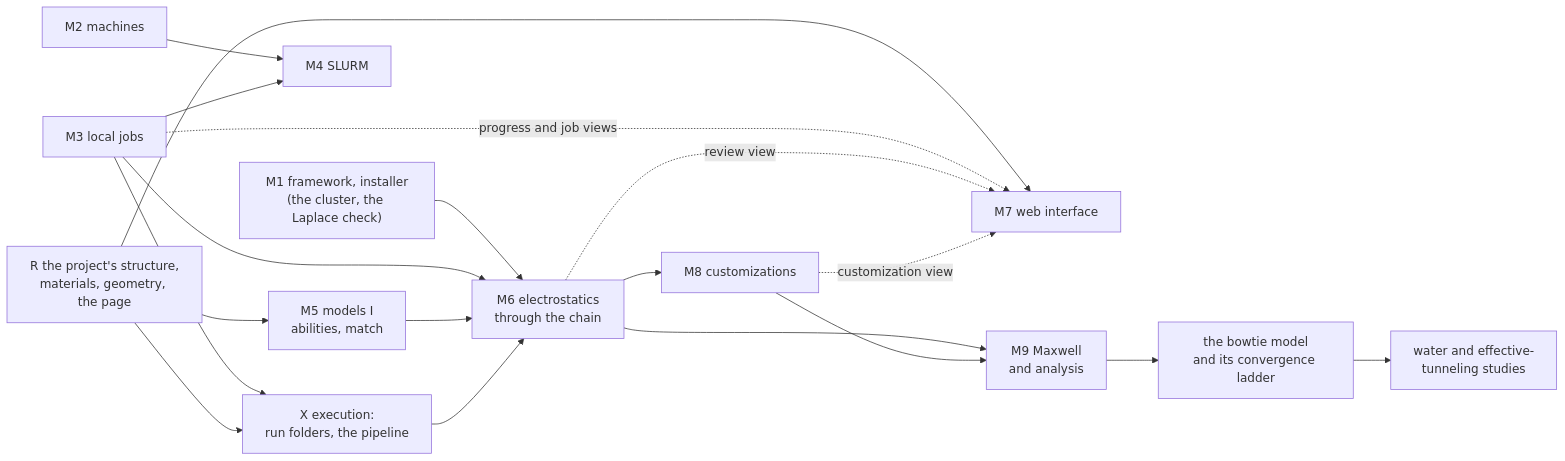
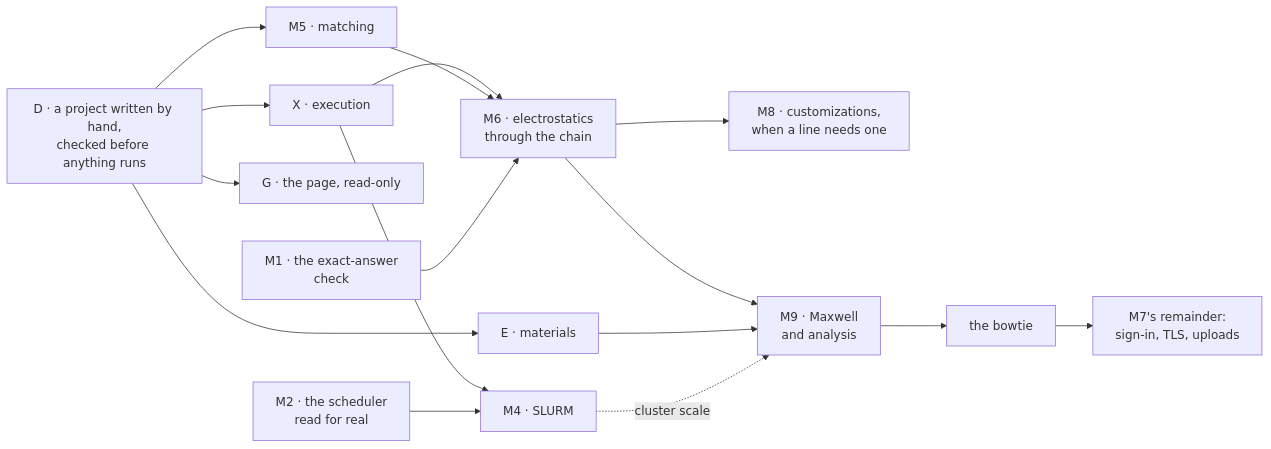
The diagram in docs/plans/plan.md (Qing-LAB/femkit), drawn with Mermaid before and after one commit. The commit also changed other lines of this file and 188 other files, not shown here.

First line of the commit message:
step 0: one plan, one set of templates, the system reviewed whole and its findings fixed

````diff
--- a/docs/plans/plan.md
+++ b/docs/plans/plan.md
@@ -82,21 +127,19 @@
 ```mermaid
 flowchart LR
-    M1["M1 framework, installer<br/>(the cluster, the Laplace check)"] --> M6
-    M2["M2 machines"] --> M4["M4 SLURM"]
-    M3["M3 local jobs"] --> M4
-    M3 --> M6
-    M3 --> X
-    R["R the project's structure,<br/>materials, geometry, the page"] --> M5["M5 models I<br/>abilities, match"]
-    M5 --> M6["M6 electrostatics<br/>through the chain"]
-    R --> X["X execution:<br/>run folders, the pipeline"]
-    X --> M6
-    R --> M7["M7 web interface"]
-    M3 -.->|"progress and job views"| M7
-    M6 -.->|"review view"| M7
-    M6 --> M8["M8 customizations"]
-    M8 -.->|"customization view"| M7
-    M6 --> M9["M9 Maxwell<br/>and analysis"]
-    M8 --> M9
-    M9 --> B["the bowtie model<br/>and its convergence ladder"]
-    B --> S["water and effective-<br/>tunneling studies"]
+    D["D · a project written by hand,<br/>checked before anything runs"]
+    D --> E["E · materials"]
+    D --> X["X · execution"]
+    D --> M5["M5 · matching"]
+    D --> G["G · the page, read-only"]
+    X --> M4["M4 · SLURM"]
+    M2["M2 · the scheduler<br/>read for real"] --> M4
+    X --> M6["M6 · electrostatics<br/>through the chain"]
+    M5 --> M6
+    M1["M1 · the exact-answer<br/>check"] --> M6
+    M6 --> M8["M8 · customizations,<br/>when a line needs one"]
+    M6 --> M9["M9 · Maxwell<br/>and analysis"]
+    E --> M9
+    M4 -.->|"cluster scale"| M9
+    M9 --> B["the bowtie"]
+    B --> R7["M7's remainder:<br/>sign-in, TLS, uploads"]
 ```
````
